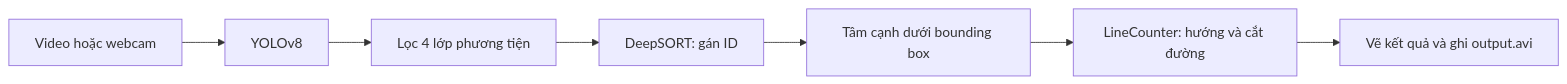
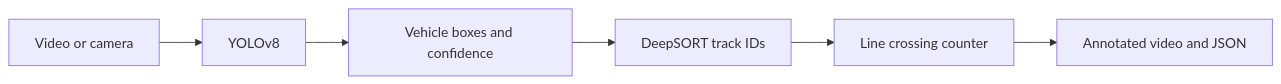
The diagram in README.md (thanq204/TrafficVision), drawn with Mermaid before and after one commit. The commit also changed other lines of this file and 7 other files, not shown here.

````diff
--- a/README.md
+++ b/README.md
@@ -27,9 +48,8 @@
 ```mermaid
 flowchart LR
-    A[Video hoặc webcam] --> B[YOLOv8]
-    B --> C[Lọc 4 lớp phương tiện]
-    C --> D[DeepSORT: gán ID]
-    D --> E[Tâm cạnh dưới bounding box]
-    E --> F[LineCounter: hướng và cắt đường]
-    F --> G[Vẽ kết quả và ghi output.avi]
+    A[Video or camera] --> B[YOLOv8]
+    B --> C[Vehicle boxes and confidence]
+    C --> D[DeepSORT track IDs]
+    D --> E[Line crossing counter]
+    E --> F[Annotated video and JSON]
 ```
````
